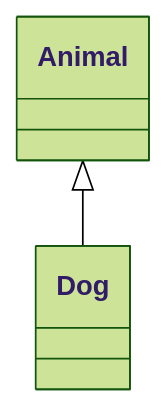
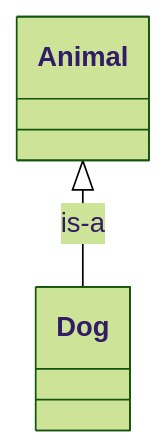
Diagram 12 of 18 in exam-prep/exam1-study-guide.md (jeff-adkisson/swe-4743-spring-2026-oo-design), drawn with Mermaid (forest theme) before and after one commit. The commit also changed other lines of this file, not shown here.

````diff
--- a/exam-prep/exam1-study-guide.md
+++ b/exam-prep/exam1-study-guide.md
@@ -527,9 +548,9 @@
 ```mermaid
 classDiagram
 direction TB
 
 class Animal
 class Dog
 
-Animal <|-- Dog
+Animal <|-- Dog : is-a
 ```
````
